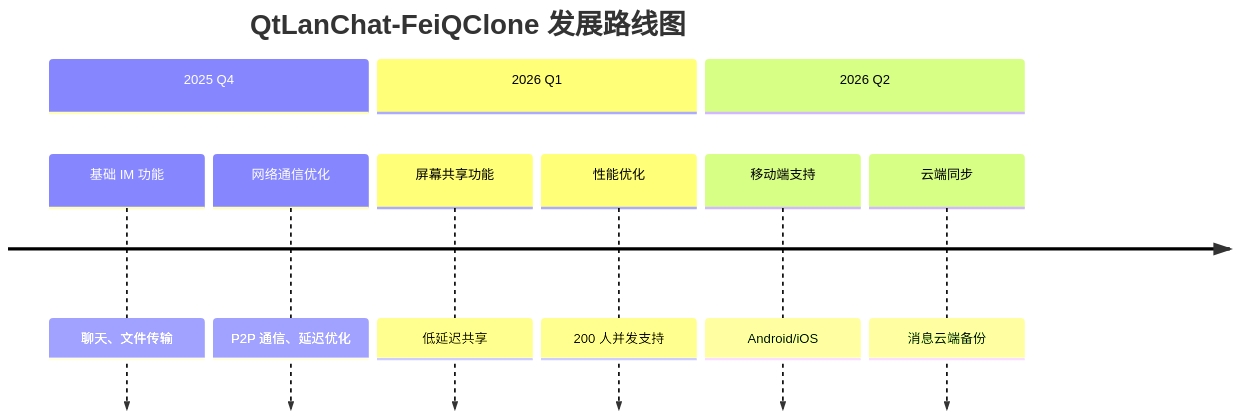
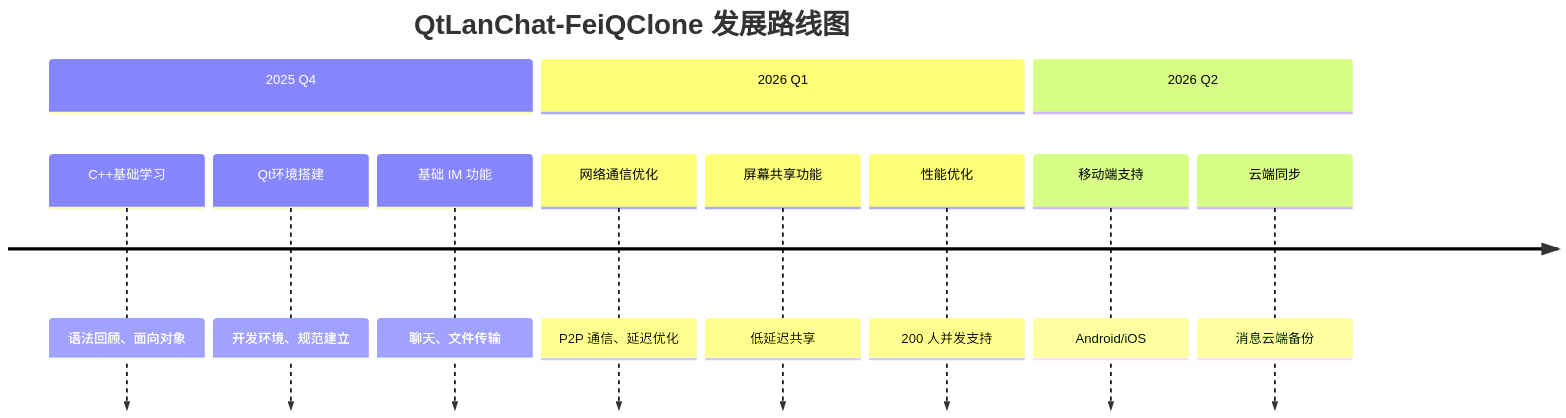
Before and after one commit to IdEvEbI/QtLanChat-FeiQClone: the third of 3 diagrams in README.md, drawn with Mermaid. The commit also changed other lines of this file, not shown here.

````diff
--- a/README.md
+++ b/README.md
@@ -470,16 +476,18 @@
 ```mermaid
 timeline
     title QtLanChat-FeiQClone 发展路线图
 
     section 2025 Q4
+        C++基础学习     : 语法回顾、面向对象
+        Qt环境搭建      : 开发环境、规范建立
         基础 IM 功能    : 聊天、文件传输
-        网络通信优化    : P2P 通信、延迟优化
 
     section 2026 Q1
+        网络通信优化    : P2P 通信、延迟优化
         屏幕共享功能    : 低延迟共享
         性能优化        : 200 人并发支持
 
     section 2026 Q2
         移动端支持      : Android/iOS
         云端同步        : 消息云端备份
 ```
````
